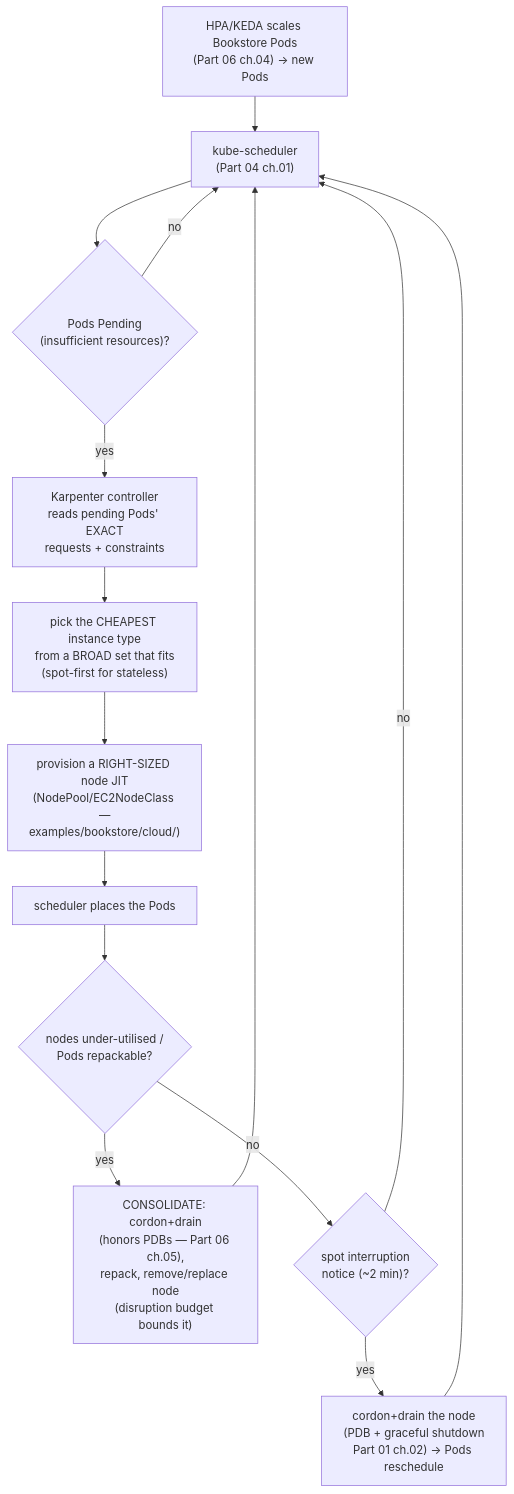
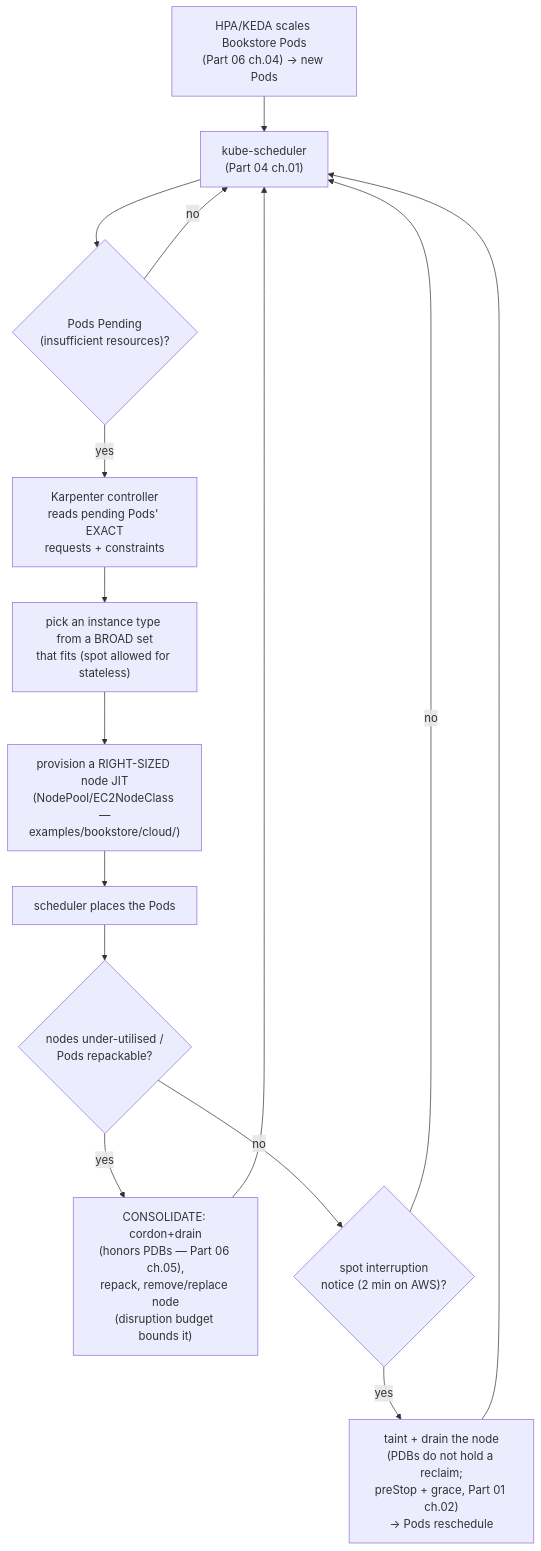
Before and after one commit to abd-ulbasit/bookstore-kubernetes-guide: the diagram in full-guide/10-cloud-and-managed-kubernetes/06-node-autoscaling-cost-multicloud.md, drawn with Mermaid. The commit also changed other lines of this file and 2 other files, not shown here.

First line of the commit message:
Part 10 ch.06: scope the node provisioner, fix the spot and data-tier claims

````diff
--- a/full-guide/10-cloud-and-managed-kubernetes/06-node-autoscaling-cost-multicloud.md
+++ b/full-guide/10-cloud-and-managed-kubernetes/06-node-autoscaling-cost-multicloud.md
@@ -142,22 +167,22 @@
 ```mermaid
 flowchart TD
     hpa["HPA/KEDA scales Bookstore Pods<br/>(Part 06 ch.04) -> new Pods"]
     sched["kube-scheduler<br/>(Part 04 ch.01)"]
     pend{"Pods Pending<br/>(insufficient resources)?"}
     kp["Karpenter controller<br/>reads pending Pods' EXACT<br/>requests + constraints"]
-    pick["pick the CHEAPEST instance type<br/>from a BROAD set that fits<br/>(spot-first for stateless)"]
+    pick["pick an instance type from a BROAD set<br/>that fits (spot allowed for stateless)"]
     node["provision a RIGHT-SIZED node JIT<br/>(NodePool/EC2NodeClass —<br/>examples/bookstore/cloud/)"]
     place["scheduler places the Pods"]
     cons{"nodes under-utilised /<br/>Pods repackable?"}
     consolidate["CONSOLIDATE: cordon+drain<br/>(honors PDBs — Part 06 ch.05),<br/>repack, remove/replace node<br/>(disruption budget bounds it)"]
-    spot{"spot interruption<br/>notice (~2 min)?"}
-    drain["cordon+drain the node<br/>(PDB + graceful shutdown<br/>Part 01 ch.02) -> Pods reschedule"]
+    spot{"spot interruption<br/>notice (2 min on AWS)?"}
+    drain["taint + drain the node<br/>(PDBs do not hold a reclaim;<br/>preStop + grace, Part 01 ch.02)<br/>-> Pods reschedule"]
 
     hpa --> sched --> pend
     pend -- no --> sched
     pend -- yes --> kp --> pick --> node --> place --> cons
     cons -- yes --> consolidate --> sched
     cons -- no --> spot
     spot -- yes --> drain --> sched
     spot -- no --> sched
 ```
````
